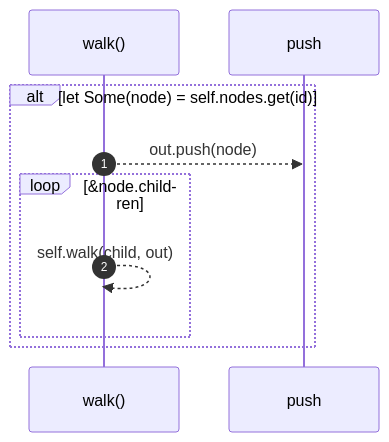
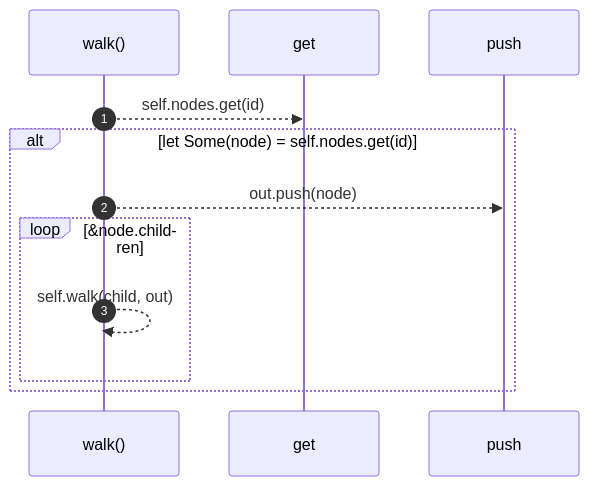
Before and after one commit to RyanGuild/self-describing-code: the eighth of 8 diagrams in docs/self-model/robby_ir/model/impl-document.md, drawn with Mermaid. The commit also changed other lines of this file and 1404 other files, not shown here.

````diff
--- a/docs/self-model/robby_ir/model/impl-document.md
+++ b/docs/self-model/robby_ir/model/impl-document.md
@@ -401,12 +623,14 @@
 ```mermaid
 sequenceDiagram
     autonumber
     participant walk as walk()
+    participant get as get
     participant push as push
+    walk-->>get: self.nodes.get(id)
     alt let Some(node) = self.nodes.get(id)
     walk-->>push: out.push(node)
     loop &node.children
     walk-->>walk: self.walk(child, out)
     end
     end
 ```
````
